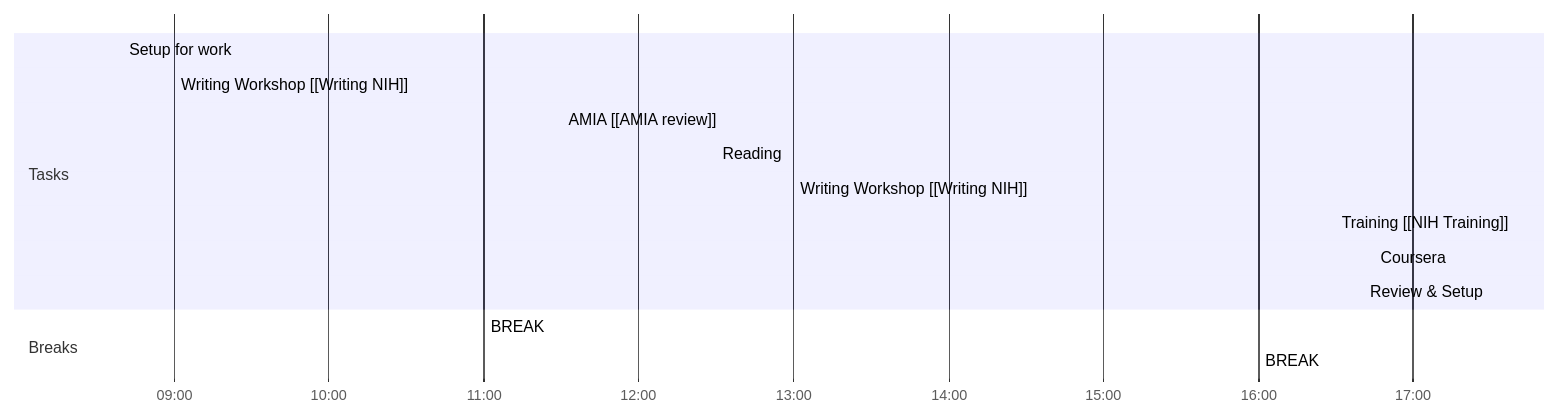
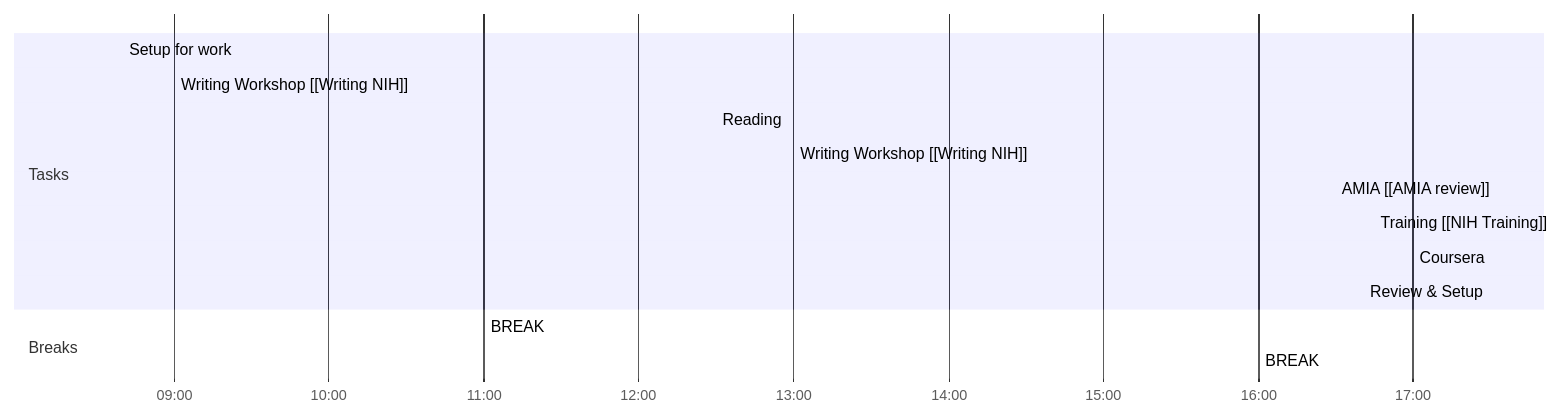
Before and after one commit to tanoManzo/notes: the diagram in Day Planners/Day Planner-20230802.md, drawn with Mermaid. The commit also changed other lines of this file and 2 other files, not shown here.

Commit message:
vault backup: 2023-08-02 13:22:20

````diff
--- a/Day Planners/Day Planner-20230802.md
+++ b/Day Planners/Day Planner-20230802.md
@@ -27,18 +28,18 @@
 ```mermaid
 gantt
     dateFormat  HH-mm
     axisFormat %H:%M
-    %% Current Time: 1:17:21 PM
+    %% Current Time: 1:22:19 PM
     section Tasks
     Setup for work     :08-40, 20mm
     Writing Workshop [[Writing NIH]]     :09-00, 120mm
-    AMIA [[AMIA review]]     :11-30, 60mm
     Reading     :12-30, 30mm
     Writing Workshop [[Writing NIH]]     :13-00, 180mm
-    Training [[NIH Training]]     :16-30, 15mm
-    Coursera     :16-45, 45mm
+    AMIA [[AMIA review]]     :16-30, 15mm
+    Training [[NIH Training]]     :16-45, 15mm
+    Coursera     :17-00, 30mm
     Review & Setup     :17-30, 0mm
     section Breaks
-    BREAK     :11-00, 30mm
+    BREAK     :11-00, 90mm
     BREAK     :16-00, 30mm
 ```
````
